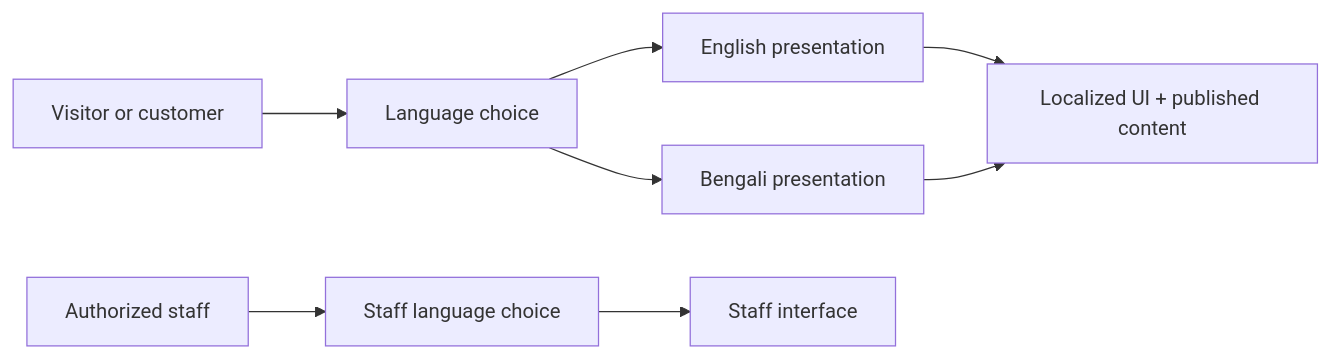
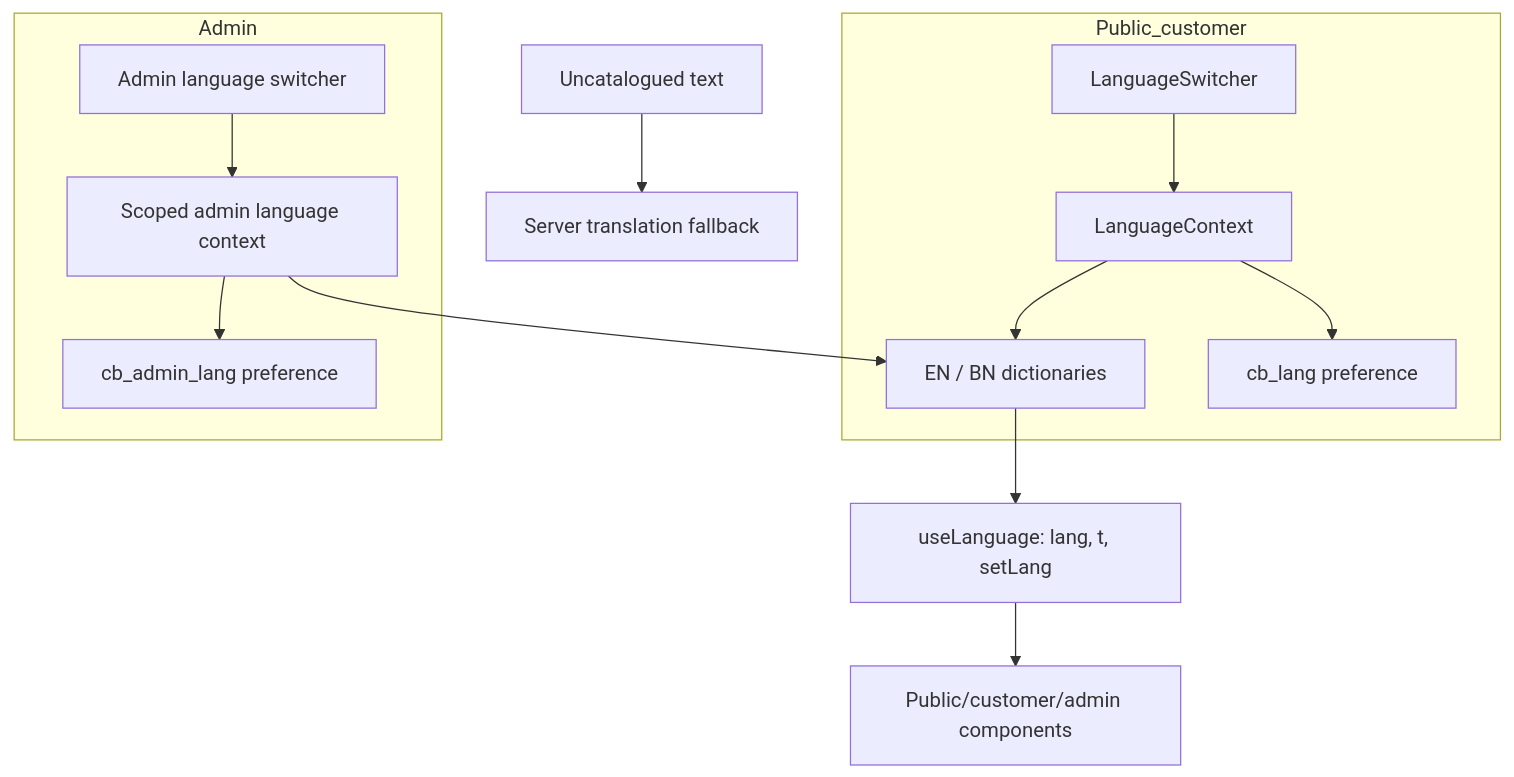
The diagram in Language_Translation_Process.md (zakaria-akash/care-bangla-group-web-application), drawn with Mermaid before and after one commit. The commit also changed other lines of this file and 11 other files, not shown here.

````diff
--- a/Language_Translation_Process.md
+++ b/Language_Translation_Process.md
@@ -9,10 +9,16 @@
 ```mermaid
-flowchart LR
-  Visitor[Visitor or customer] --> Switch[Language choice]
-  Staff[Authorized staff] --> AdminSwitch[Staff language choice]
-  Switch --> PublicEN[English presentation]
-  Switch --> PublicBN[Bengali presentation]
-  AdminSwitch --> AdminUI[Staff interface]
-  PublicEN --> Content[Localized UI + published content]
-  PublicBN --> Content
+flowchart TB
+  subgraph Public_customer
+    Toggle[LanguageSwitcher] --> PublicCtx[LanguageContext]
+    PublicCtx --> Dict[EN / BN dictionaries]
+    PublicCtx --> PublicKey[cb_lang preference]
+  end
+  subgraph Admin
+    AdminToggle[Admin language switcher] --> AdminCtx[Scoped admin language context]
+    AdminCtx --> Dict
+    AdminCtx --> AdminKey[cb_admin_lang preference]
+  end
+  Dict --> Hook[useLanguage: lang, t, setLang]
+  Hook --> Components[Public/customer/admin components]
+  Missing[Uncatalogued text] --> TranslationRoute[Server translation fallback]
 ```
````
